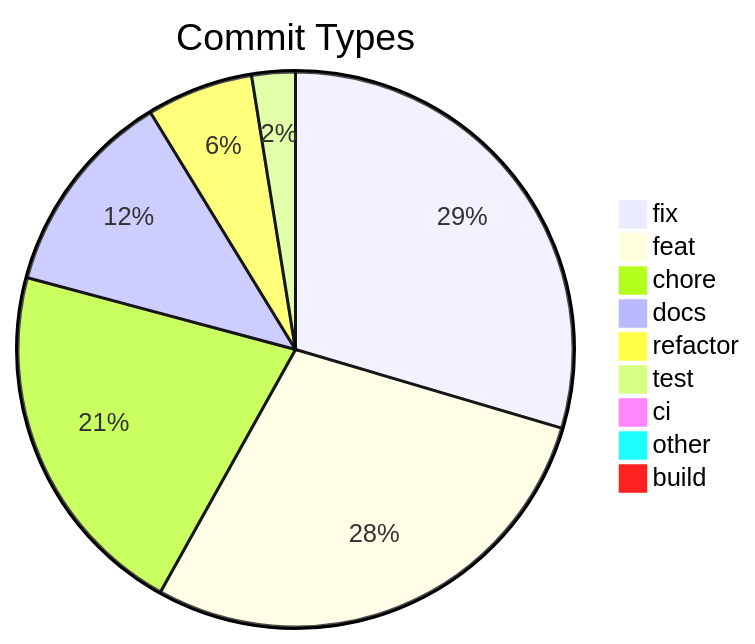
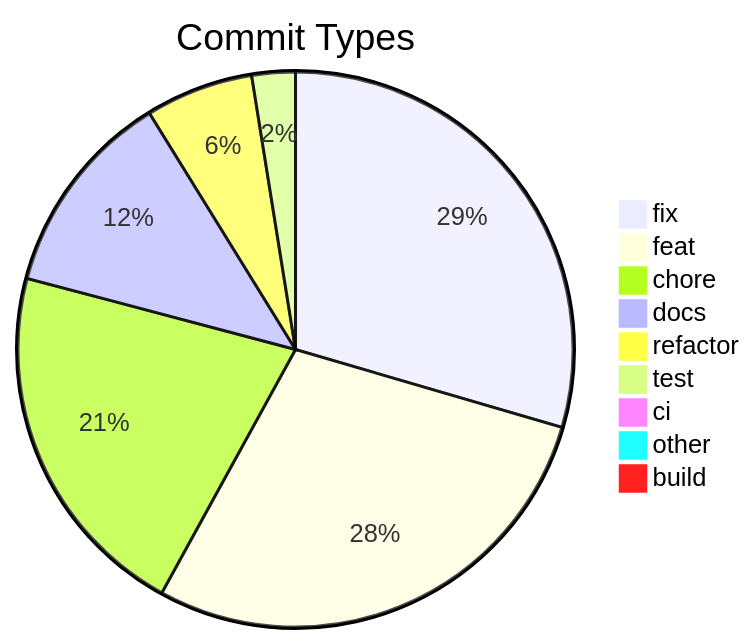
Before and after one commit to svenroth-ai/shipwright: the diagram in .shipwright/compliance/change-history.md, drawn with Mermaid. The commit also changed other lines of this file and 3 other files, not shown here.

````diff
--- a/.shipwright/compliance/change-history.md
+++ b/.shipwright/compliance/change-history.md
@@ -10,12 +10,12 @@
 ```mermaid
 pie title Commit Types
     "fix" : 362
     "feat" : 349
-    "chore" : 258
+    "chore" : 259
     "docs" : 148
-    "refactor" : 76
+    "refactor" : 77
     "test" : 31
     "ci" : 11
     "other" : 9
     "build" : 1
 ```
````
